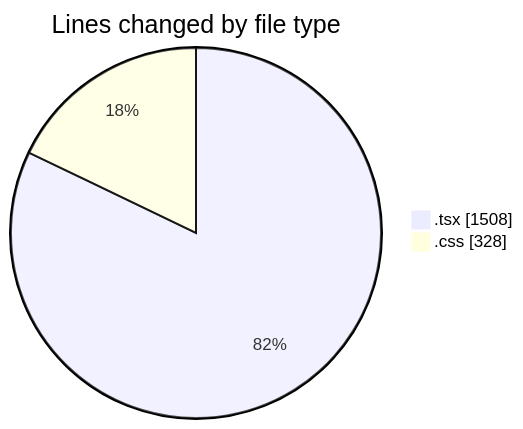
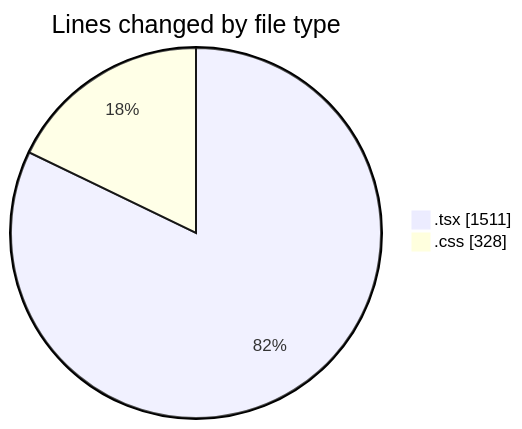
Before and after one commit to julien-gomy/code-tracking: the first of 2 diagrams in 2025-10-10/eventscop-frontend-guide__workspace_/README.md, drawn with Mermaid. The commit also changed other lines of this file and 1 other file, not shown here.

````diff
--- a/2025-10-10/eventscop-frontend-guide__workspace_/README.md
+++ b/2025-10-10/eventscop-frontend-guide__workspace_/README.md
@@ -25,6 +25,6 @@
 ```mermaid
 pie showData
 title Lines changed by file type
-".tsx" : 1508
+".tsx" : 1511
 ".css" : 328
 ```
````
